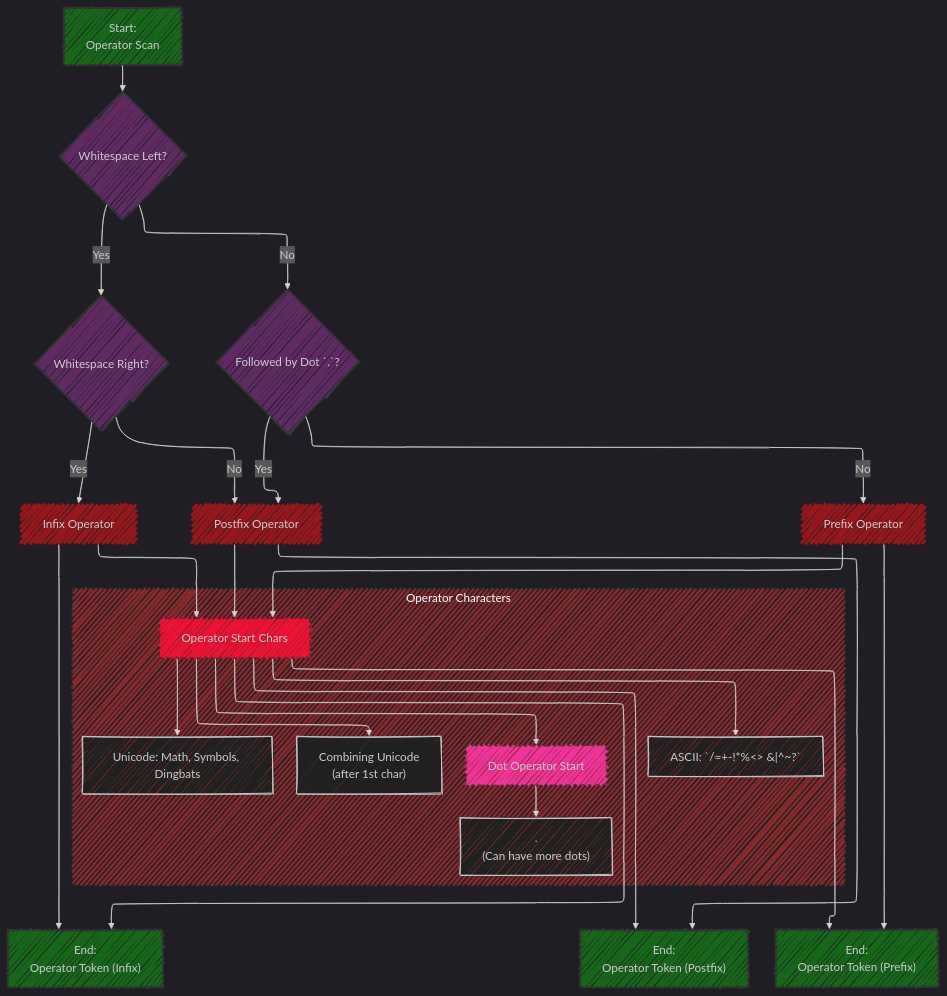
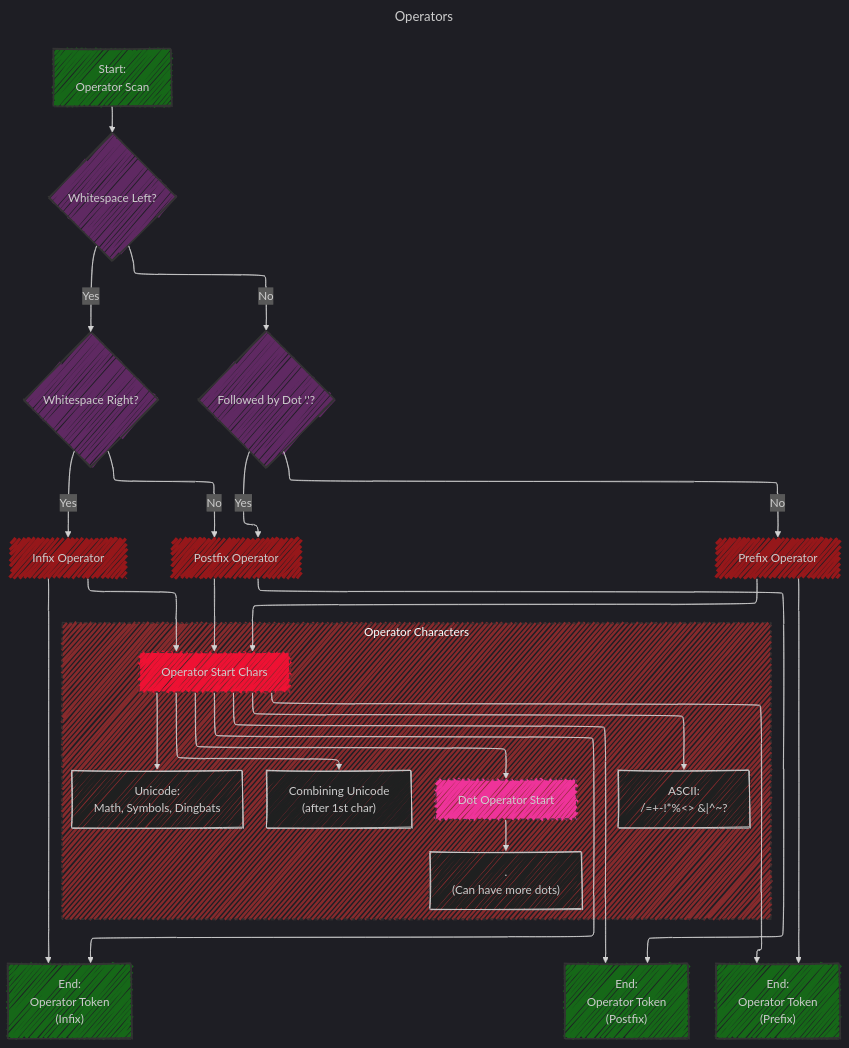
The seventh of 7 diagrams in Swift_book/Lexical_Structure_V2.md (CongLeSolutionX/iOS-development-vault), drawn with Mermaid before and after one commit. The commit also changed other lines of this file and 1 other file, not shown here.

````diff
--- a/Swift_book/Lexical_Structure_V2.md
+++ b/Swift_book/Lexical_Structure_V2.md
@@ -511,74 +513,75 @@
 ```mermaid
 ---
+title: Operators
 config:
   layout: elk
   look: handDrawn
   theme: dark
 ---
 flowchart TB
     A["Start:<br>Operator Scan"];
     B{"Whitespace Left?"};
     C{"Whitespace Right?"};
-    D{"Followed by Dot `.`?"};
+    D{"Followed by Dot '.'?"};
     E["Infix Operator"];
     F["Postfix Operator"];
     G["Prefix Operator"];
 
 
-    H["End:<br>Operator Token (Infix)"];
-    I["End:<br>Operator Token (Postfix)"];
-    J["End:<br>Operator Token (Prefix)"];
+    H["End:<br>Operator Token<br>(Infix)"];
+    I["End:<br>Operator Token<br>(Postfix)"];
+    J["End:<br>Operator Token<br>(Prefix)"];
 
 
     A --> B
     B -- Yes --> C
     B -- No --> D
     C -- Yes --> E
     C -- No --> F
     D -- Yes --> F
     D -- No --> G
 
     E --> H
     F --> I
     G --> J
 
 
     OC["Operator Start Chars"];
-    OCA["ASCII: `/=+-!*%<> &|^~?`"];
-    OCB["Unicode: Math, Symbols, Dingbats"];
+    OCA["ASCII:<br>/=+-!*%<> &|^~?"];
+    OCB["Unicode:<br>Math, Symbols, Dingbats"];
 
     OC_dot["Dot Operator Start"];
-    OCD["`. <br> (Can have more dots)`"];
+    OCD[".<br>(Can have more dots)"];
 
 
     OC_combine["Combining Unicode<br>(after 1st char)"];
 
     subgraph Operator_Characters["Operator Characters"]
     style Operator_Characters fill:#c339,stroke:#333,stroke-width:1px,stroke-dasharray:5 5
         OC --> OCA
         OC --> OCB
         OC_dot --> OCD
         OC --> OC_combine
         style OC fill:#e13,stroke:#333,stroke-width:1px,stroke-dasharray:5 5
         style OC_dot fill:#e39,stroke:#333,stroke-width:1px,stroke-dasharray:5 5
     end
 
     E --> OC
     F --> OC
     G --> OC
     OC --> OC_dot
     OC --> H
     OC --> I
     OC --> J
 
 
     classDef Start_and_End_Point fill:#1919,stroke:#333,stroke-width:2px;
     class A,H,I,J Start_and_End_Point;
 
     classDef Decision_Point fill:#9398,stroke:#333,stroke-width:2px;
     class B,C,D Decision_Point
 
     classDef Yes_Choice fill:#f118,stroke:#33,stroke-width:2px;
     class E,F,G Yes_Choice;
     
 ```
````
